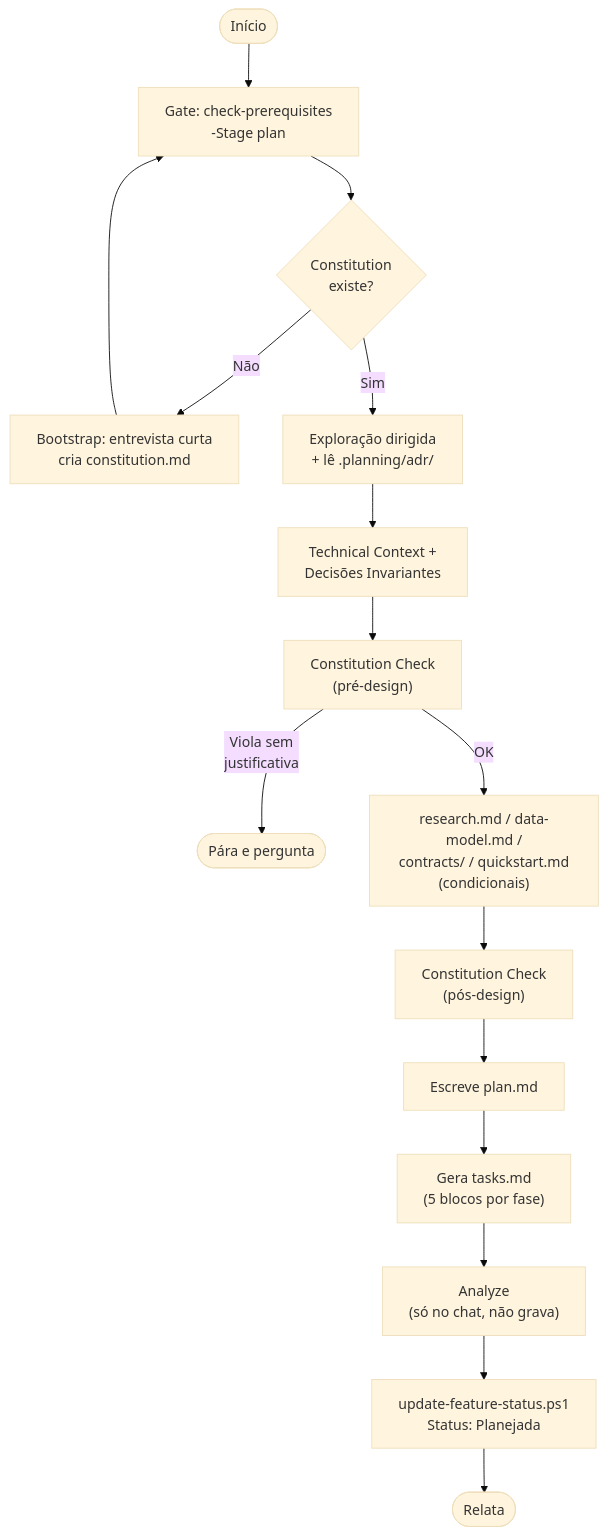
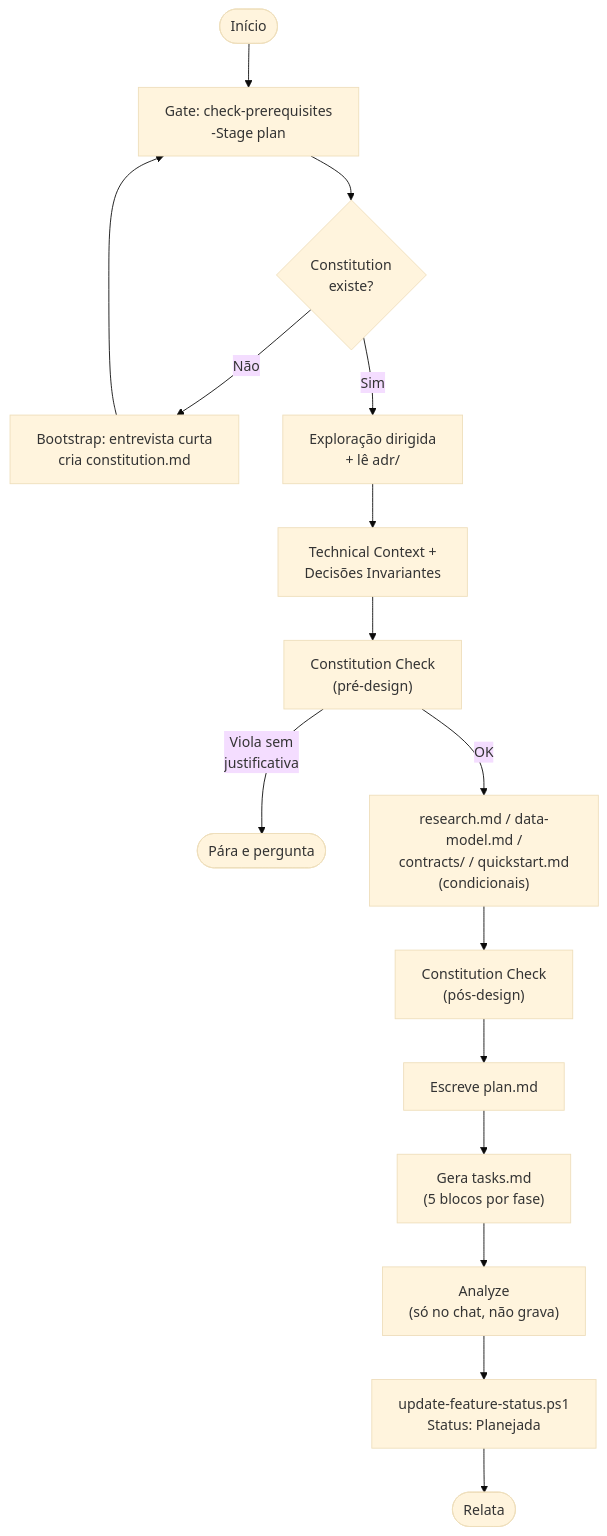
One commit to johnosd/NeoReader changed the fourth of 7 diagrams in .planning/README.md. Above: the diagram before and after it, drawn with Mermaid (base theme). The commit also changed other lines of this file and 12 other files, not shown here.

First line of the commit message:
refactor: move adr/ e bugs/ do sdd para a raiz do repo, fora de .planning/

````diff
--- a/.planning/README.md
+++ b/.planning/README.md
@@ -160,18 +174,18 @@
 ```mermaid
 flowchart TD
     A([Início]) --> B["Gate: check-prerequisites\n-Stage plan"]
     B --> C{"Constitution\nexiste?"}
     C -->|Não| D["Bootstrap: entrevista curta\ncria constitution.md"]
     D --> B
-    C -->|Sim| E["Exploração dirigida\n+ lê .planning/adr/"]
+    C -->|Sim| E["Exploração dirigida\n+ lê adr/"]
     E --> F["Technical Context +\nDecisões Invariantes"]
     F --> G["Constitution Check\n(pré-design)"]
     G -->|"Viola sem\njustificativa"| H(["Pára e pergunta"])
     G -->|OK| I["research.md / data-model.md /\ncontracts/ / quickstart.md\n(condicionais)"]
     I --> J["Constitution Check\n(pós-design)"]
     J --> K["Escreve plan.md"]
     K --> L["Gera tasks.md\n(5 blocos por fase)"]
     L --> M["Analyze\n(só no chat, não grava)"]
     M --> N["update-feature-status.ps1\nStatus: Planejada"]
     N --> O(["Relata"])
 ```
````
